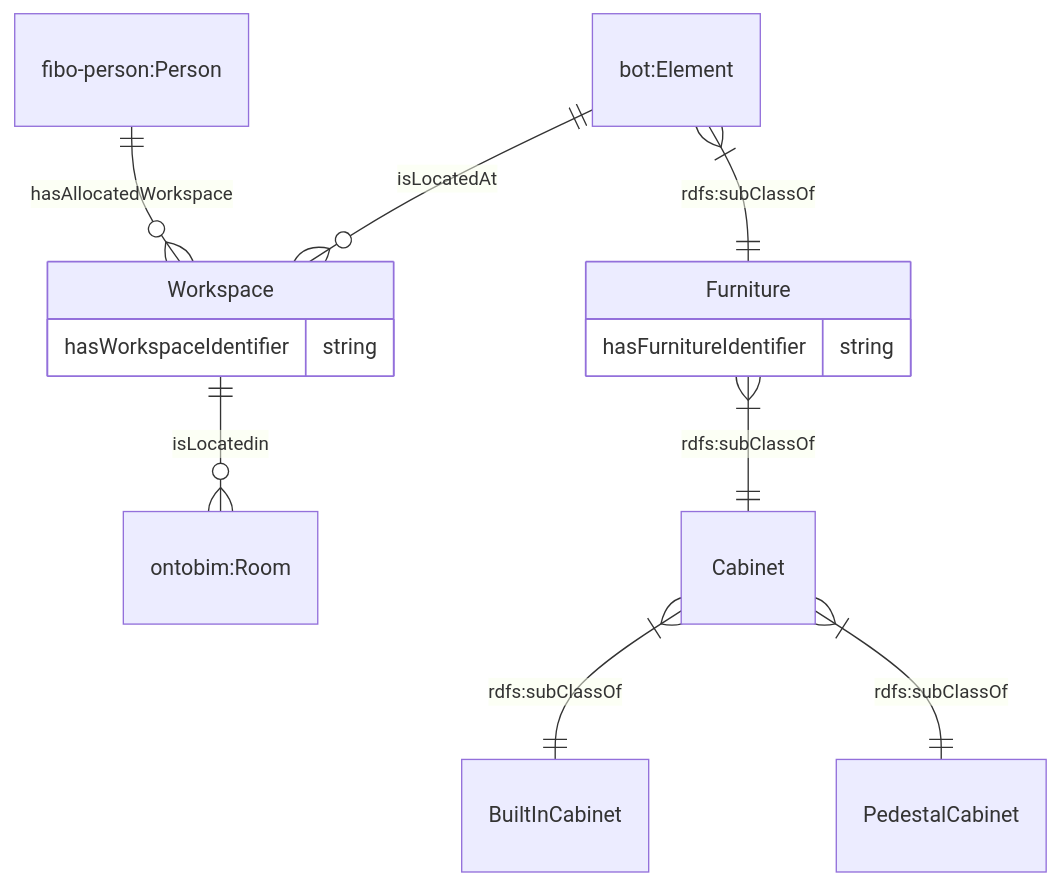
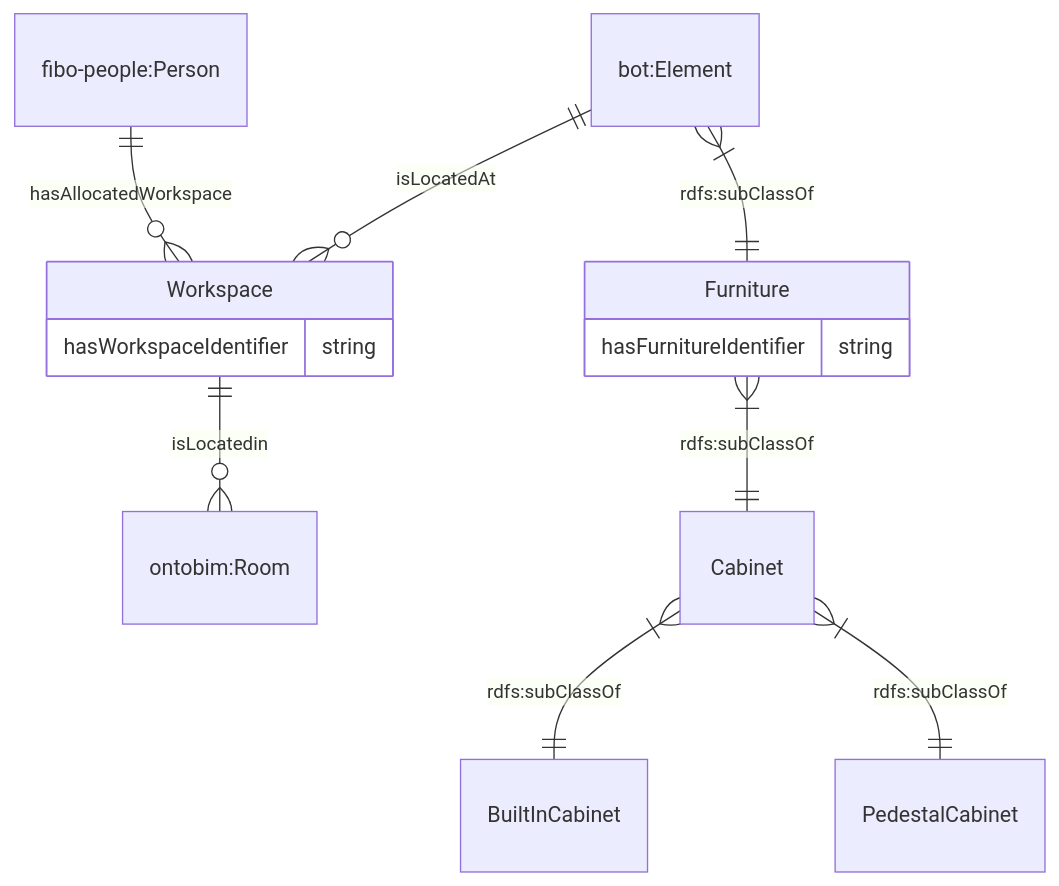
One commit to cambridge-cares/TheWorldAvatar changed the seventh of 8 diagrams in JPS_Ontology/ontology/ontoassetmanagement/README.MD. Above: the diagram before and after it, drawn with Mermaid. The commit also changed other lines of this file, not shown here.

````diff
--- a/JPS_Ontology/ontology/ontoassetmanagement/README.MD
+++ b/JPS_Ontology/ontology/ontoassetmanagement/README.MD
@@ -147,16 +165,16 @@
 ```mermaid
     erDiagram
     "bot:Element" ||--o{ "Workspace" : isLocatedAt
     "Workspace" ||--o{ "ontobim:Room" : isLocatedin
-    "fibo-person:Person" ||--o{ "Workspace" : hasAllocatedWorkspace
+    "fibo-people:Person" ||--o{ "Workspace" : hasAllocatedWorkspace
     "Workspace" {
         hasWorkspaceIdentifier string
     }
     "bot:Element" }|--|| "Furniture" : "rdfs:subClassOf"
     "Furniture" }|--|| "Cabinet" : "rdfs:subClassOf"
     "Furniture" {
         hasFurnitureIdentifier string
     }
     "Cabinet" }|--|| "BuiltInCabinet" : "rdfs:subClassOf"
     "Cabinet" }|--|| "PedestalCabinet" : "rdfs:subClassOf"
 ```
````
